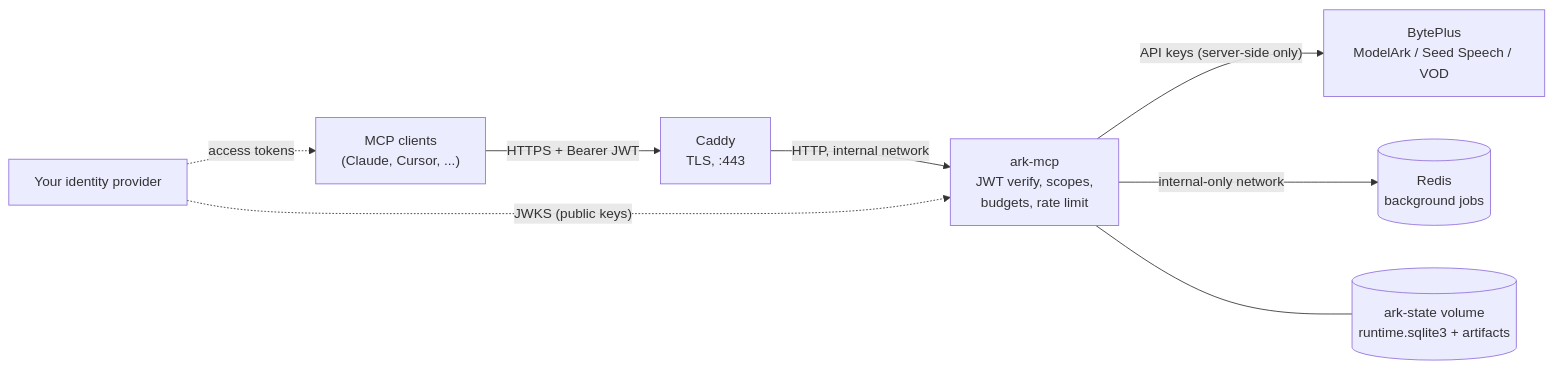
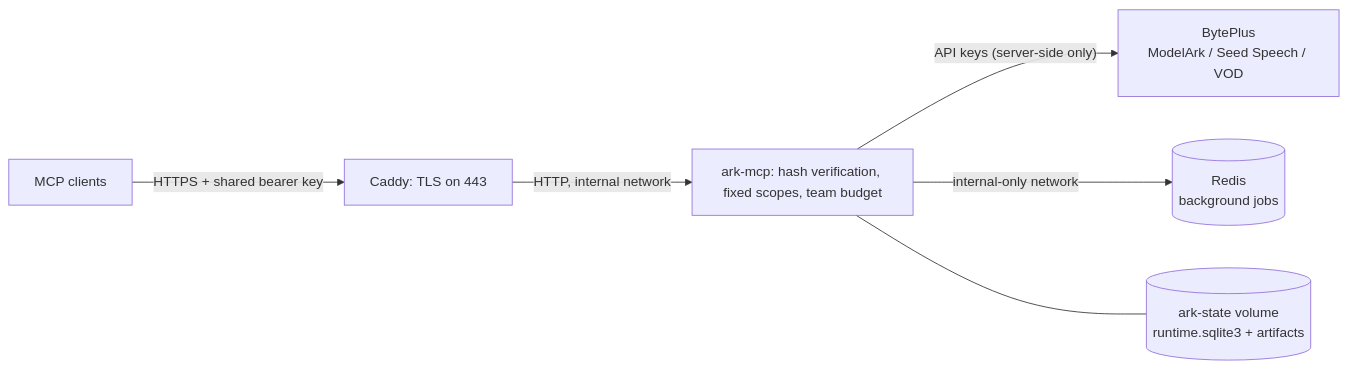
One commit to byteplus-sa/ark-mcp changed the diagram in docs/self-hosting.md. Above: the diagram before and after it, drawn with Mermaid. The commit also changed other lines of this file and 56 other files, not shown here.

First line of the commit message:
feat!: simplify hosted MCP authentication to one shared key

````diff
--- a/docs/self-hosting.md
+++ b/docs/self-hosting.md
@@ -33,10 +38,8 @@
 ```mermaid
 flowchart LR
-    C["MCP clients<br/>(Claude, Cursor, ...)"] -->|"HTTPS + Bearer JWT"| P["Caddy<br/>TLS, :443"]
-    P -->|"HTTP, internal network"| S["ark-mcp<br/>JWT verify, scopes,<br/>budgets, rate limit"]
+    C["MCP clients"] -->|"HTTPS + shared bearer key"| P["Caddy: TLS on 443"]
+    P -->|"HTTP, internal network"| S["ark-mcp: hash verification, fixed scopes, team budget"]
     S -->|"API keys (server-side only)"| B["BytePlus<br/>ModelArk / Seed Speech / VOD"]
     S -->|"internal-only network"| R[("Redis<br/>background jobs")]
     S --- V[("ark-state volume<br/>runtime.sqlite3 + artifacts")]
-    I["Your identity provider"] -. "JWKS (public keys)" .-> S
-    I -. "access tokens" .-> C
 ```
````
